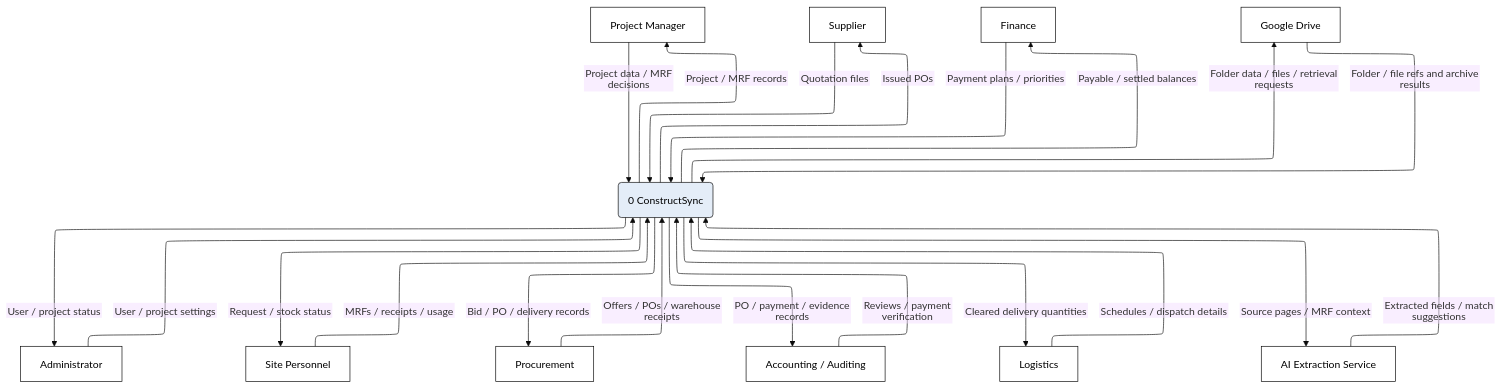
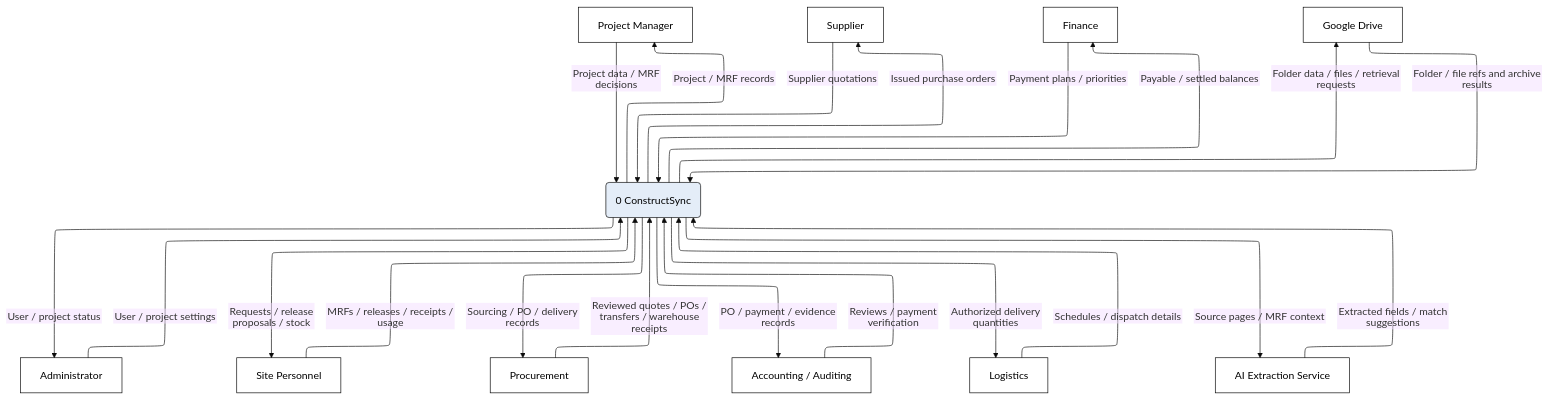
The diagram in docs/thesis/dfd/constructsync-context.mmd (yaboii-jah/HML-Prototype), drawn with Mermaid before and after one commit. The commit also changed 94 other files, not shown here.

Commit message:
Add thesis diagrams schema and academic descriptions

```diff
--- a/docs/thesis/dfd/constructsync-context.mmd
+++ b/docs/thesis/dfd/constructsync-context.mmd
@@ -1,44 +1,45 @@
 ---
 config:
   layout: elk
   theme: base
   flowchart:
     htmlLabels: false
 ---
 flowchart TB
   admin["Administrator"]
   pm["Project Manager"]
   site["Site Personnel"]
   proc["Procurement"]
   supplier["Supplier"]
   finance["Finance"]
   accounting["Accounting / Auditing"]
   logistics["Logistics"]
   ai["AI Extraction Service"]
   drive["Google Drive"]
   P0("0 ConstructSync")
   admin -->|"User / project settings"| P0
   P0 -->|"User / project status"| admin
   pm -->|"Project data / MRF decisions"| P0
   P0 -->|"Project / MRF records"| pm
-  site -->|"MRFs / receipts / usage"| P0
-  P0 -->|"Request / stock status"| site
-  proc -->|"Offers / POs / warehouse receipts"| P0
-  P0 -->|"Bid / PO / delivery records"| proc
-  supplier -->|"Quotation files"| P0
-  P0 -->|"Issued POs"| supplier
+  site -->|"MRFs / releases / receipts / usage"| P0
+  P0 -->|"Requests / release proposals / stock"| site
+  proc -->|"Reviewed quotes / POs / transfers / warehouse receipts"| P0
+  P0 -->|"Sourcing / PO / delivery records"| proc
+  supplier -->|"Supplier quotations"| P0
+  P0 -->|"Issued purchase orders"| supplier
   finance -->|"Payment plans / priorities"| P0
   P0 -->|"Payable / settled balances"| finance
   accounting -->|"Reviews / payment verification"| P0
   P0 -->|"PO / payment / evidence records"| accounting
   logistics -->|"Schedules / dispatch details"| P0
-  P0 -->|"Cleared delivery quantities"| logistics
+  P0 -->|"Authorized delivery quantities"| logistics
   ai -->|"Extracted fields / match suggestions"| P0
   P0 -->|"Source pages / MRF context"| ai
   drive -->|"Folder / file refs and archive results"| P0
   P0 -->|"Folder data / files / retrieval requests"| drive
   classDef external fill:#ffffff,stroke:#000000,color:#000000
   classDef process fill:#e4edf8,stroke:#000000,color:#000000
   classDef data fill:#fff8e6,stroke:#8a7544,color:#000000
   class admin,pm,site,proc,supplier,finance,accounting,logistics,ai,drive external
   class P0 process
+  %% Supplier quotations and issued purchase orders are exchanged through Procurement; suppliers do not directly access the application.
```
